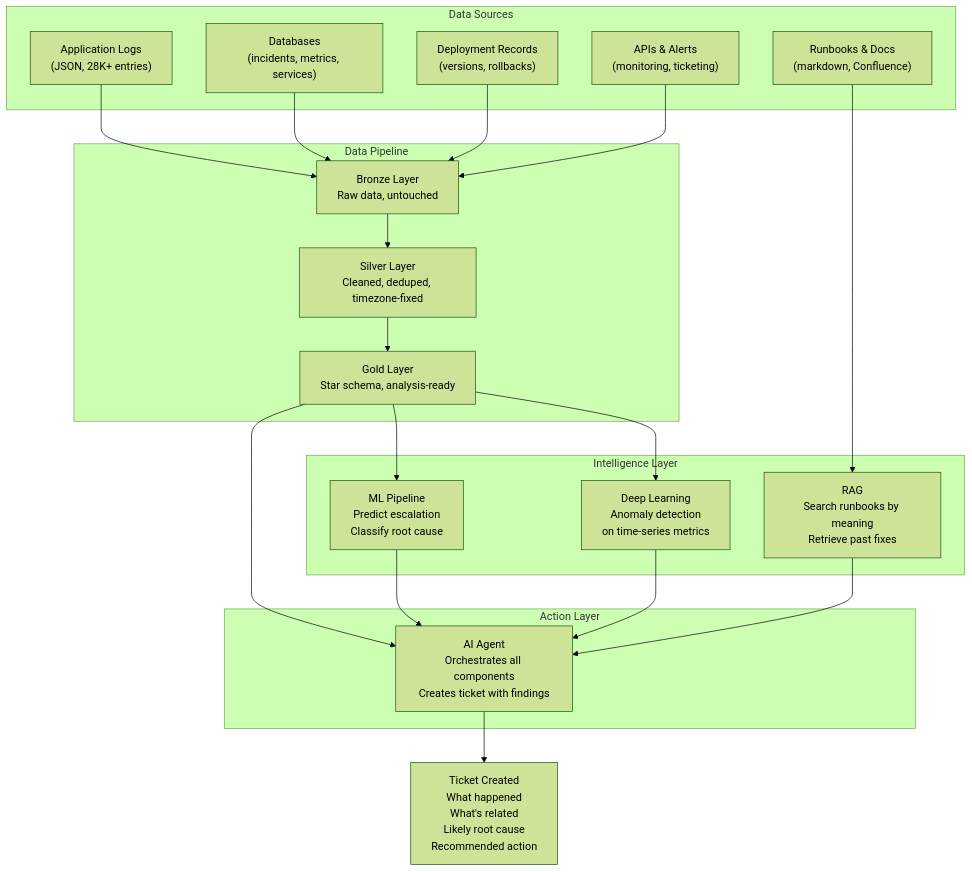
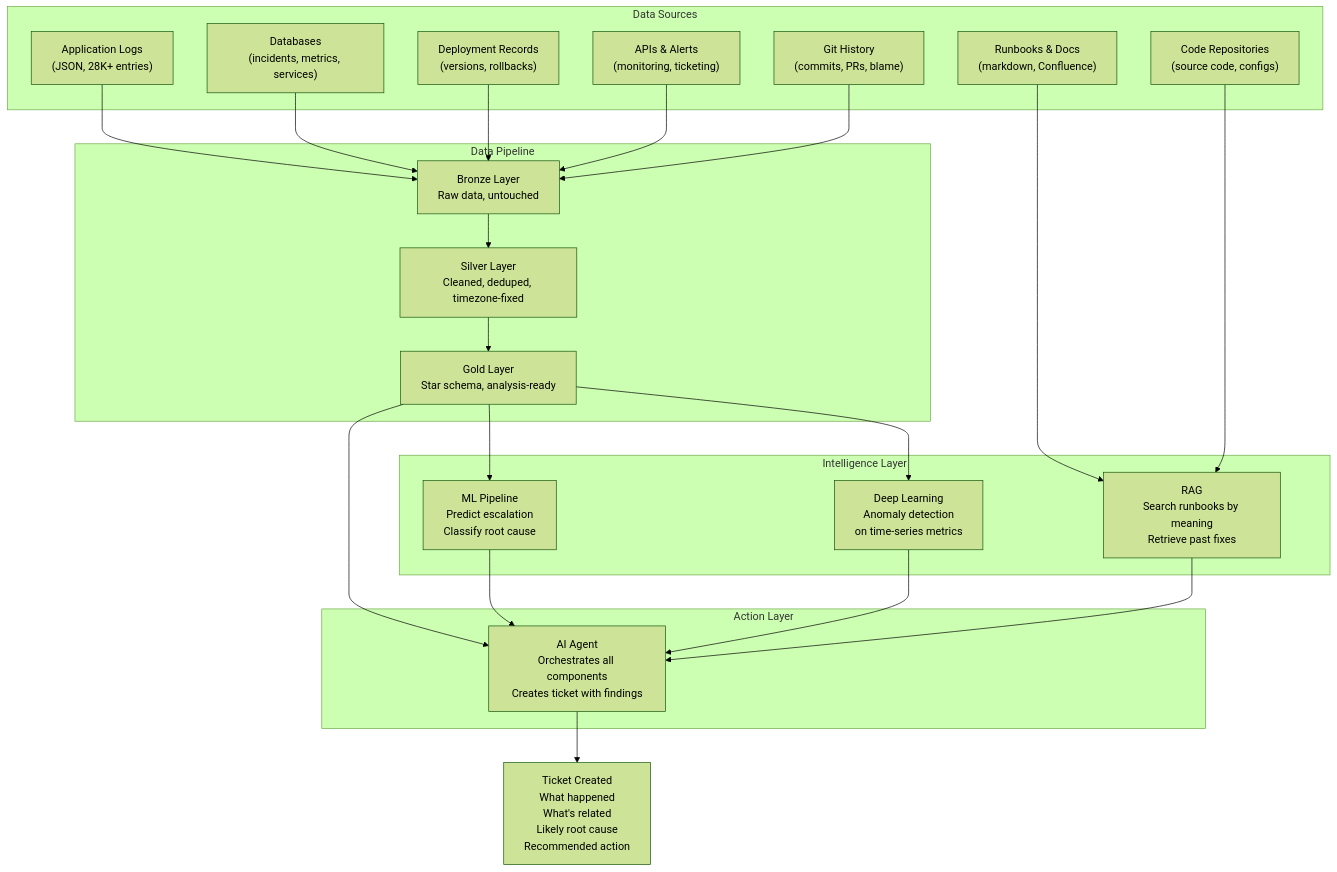
The first of 2 diagrams in systems/production-diagnostics/architecture.md (sunilmogadati/systems-in-production), drawn with Mermaid (forest theme) before and after one commit. The commit also changed 35 other files, not shown here.

First line of the commit message:
Fix 3 issues: add code/git to architecture, Colab badges to 15 notebooks, fix 37 broken Mermaid diagrams

````diff
--- a/systems/production-diagnostics/architecture.md
+++ b/systems/production-diagnostics/architecture.md
@@ -11,45 +11,49 @@
 ```mermaid
 graph TD
     subgraph Data Sources
         LOGS["Application Logs<br/>(JSON, 28K+ entries)"]
         DB["Databases<br/>(incidents, metrics, services)"]
         DEPLOY["Deployment Records<br/>(versions, rollbacks)"]
         DOCS["Runbooks & Docs<br/>(markdown, Confluence)"]
         API["APIs & Alerts<br/>(monitoring, ticketing)"]
+        CODE["Code Repositories<br/>(source code, configs)"]
+        GIT["Git History<br/>(commits, PRs, blame)"]
     end
 
     subgraph Data Pipeline
         BRONZE["Bronze Layer<br/>Raw data, untouched"]
         SILVER["Silver Layer<br/>Cleaned, deduped, timezone-fixed"]
         GOLD["Gold Layer<br/>Star schema, analysis-ready"]
     end
 
     subgraph Intelligence Layer
         ML["ML Pipeline<br/>Predict escalation<br/>Classify root cause"]
         DL["Deep Learning<br/>Anomaly detection<br/>on time-series metrics"]
         RAG["RAG<br/>Search runbooks by meaning<br/>Retrieve past fixes"]
     end
 
     subgraph Action Layer
         AGENT["AI Agent<br/>Orchestrates all components<br/>Creates ticket with findings"]
     end
 
     LOGS --> BRONZE
     DB --> BRONZE
     DEPLOY --> BRONZE
     DOCS --> RAG
     API --> BRONZE
+    CODE --> RAG
+    GIT --> BRONZE
 
     BRONZE --> SILVER
     SILVER --> GOLD
 
     GOLD --> ML
     GOLD --> DL
     GOLD --> AGENT
 
     ML --> AGENT
     DL --> AGENT
     RAG --> AGENT
 
     AGENT --> TICKET["Ticket Created<br/>What happened<br/>What's related<br/>Likely root cause<br/>Recommended action"]
 ```
````
